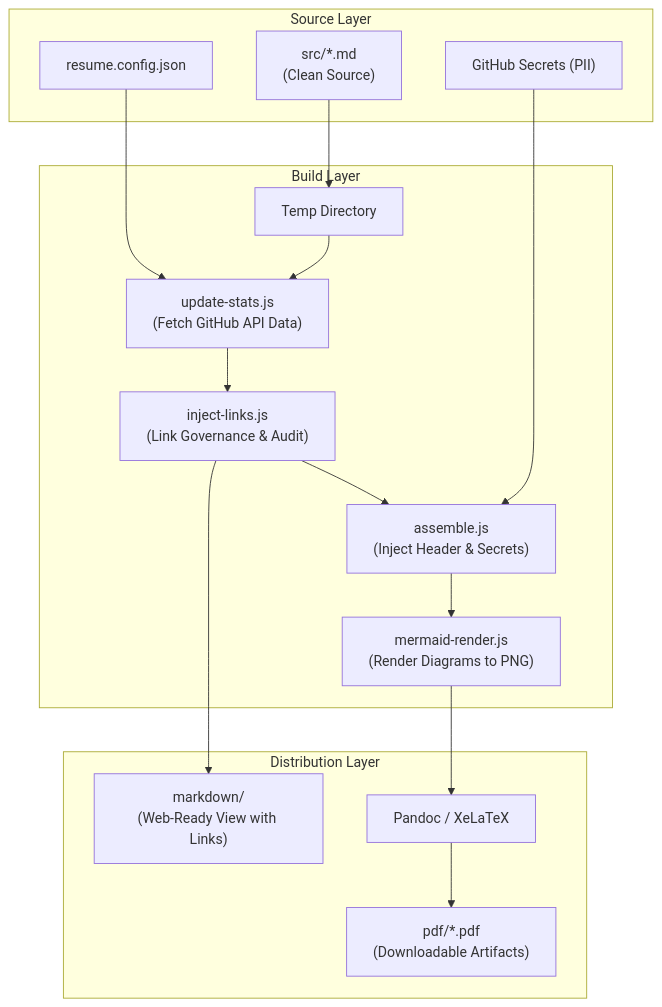
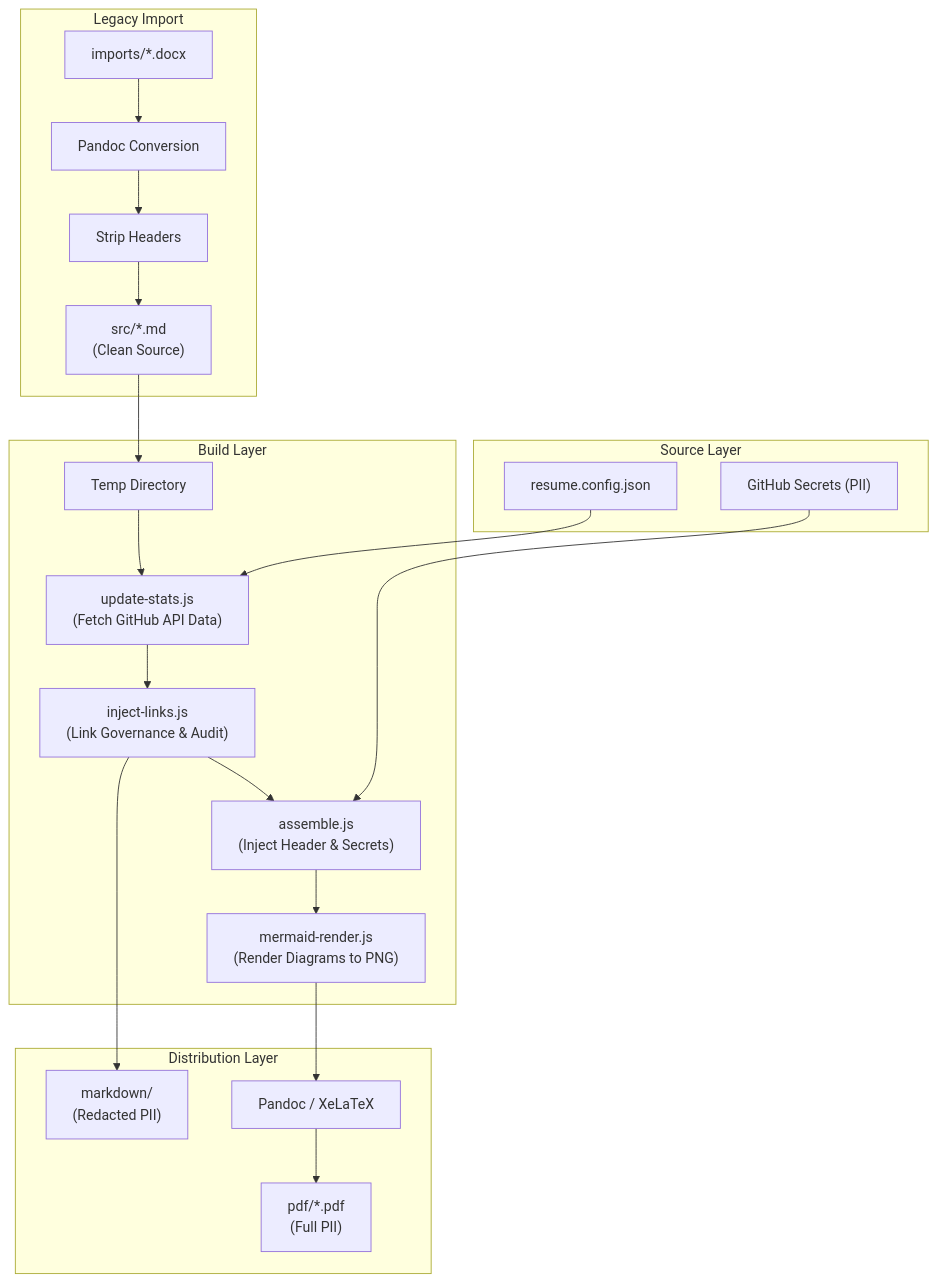
One commit to rdbumstead/resume-as-code changed the diagram in README.md. Above: the diagram before and after it, drawn with Mermaid. The commit also changed other lines of this file and 1 other file, not shown here.

First line of the commit message:
docs: update architecture diagrams and align artifact naming

````diff
--- a/README.md
+++ b/README.md
@@ -13,33 +13,39 @@
 ```mermaid
 graph TD
+    subgraph Import ["Legacy Import"]
+        Docx["imports/*.docx"] --> Convert["Pandoc Conversion"]
+        Convert --> Strip["Strip Headers"]
+        Strip --> Src
+    end
+
     subgraph Input ["Source Layer"]
         Src["src/*.md<br/>(Clean Source)"]
         Conf["resume.config.json"]
         Sec["GitHub Secrets (PII)"]
     end
 
     subgraph Process ["Build Layer"]
         Temp["Temp Directory"]
         Fetch["update-stats.js<br/>(Fetch GitHub API Data)"]
         Audit["inject-links.js<br/>(Link Governance & Audit)"]
         Assemble["assemble.js<br/>(Inject Header & Secrets)"]
         Render["mermaid-render.js<br/>(Render Diagrams to PNG)"]
     end
 
     subgraph Output ["Distribution Layer"]
-        DistMD["markdown/<br/>(Web-Ready View with Links)"]
+        DistMD["markdown/<br/>(Redacted PII)"]
         Pandoc["Pandoc / XeLaTeX"]
-        PDF["pdf/*.pdf<br/>(Downloadable Artifacts)"]
+        PDF["pdf/*.pdf<br/>(Full PII)"]
     end
 
     Src --> Temp
     Conf --> Fetch
     Temp --> Fetch
     Fetch --> Audit
     Audit --> DistMD
     Audit --> Assemble
     Sec --> Assemble
     Assemble --> Render
     Render --> Pandoc
     Pandoc --> PDF
 ```
````
